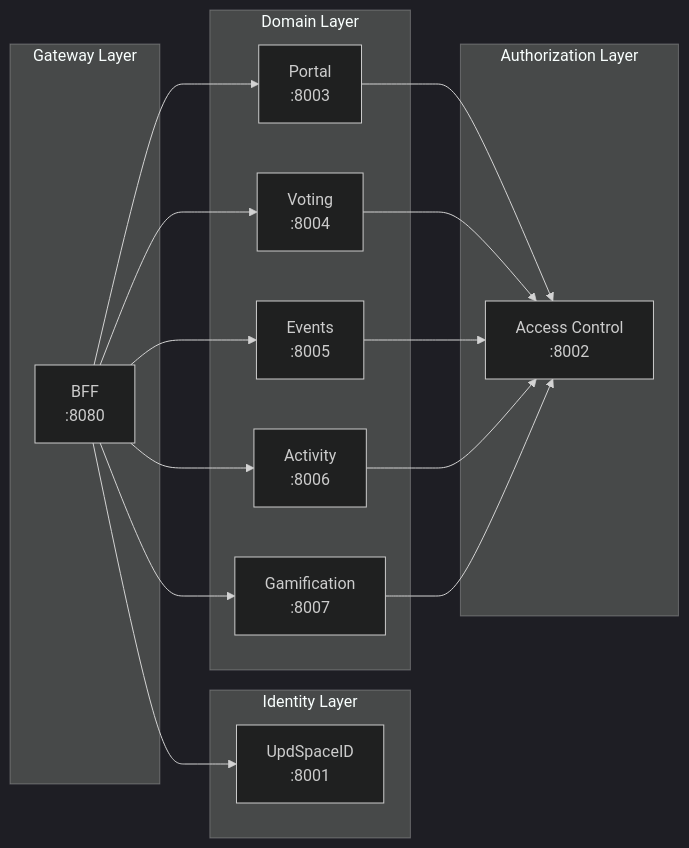
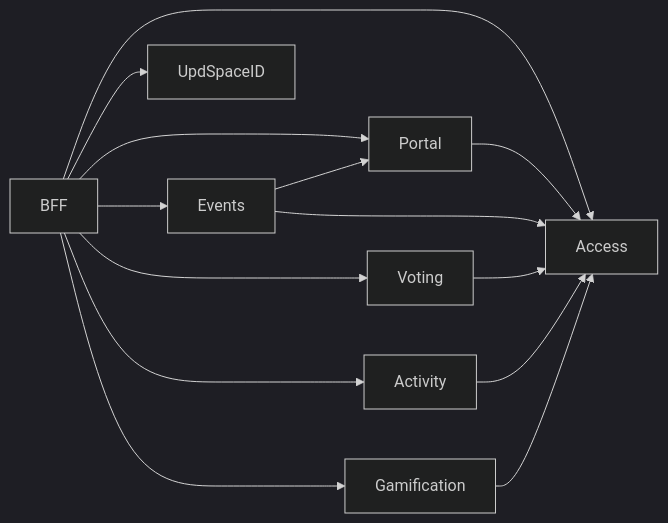
One commit to updatingspace/portal changed the diagram in docs/docs/services/overview.md. Above: the diagram before and after it, drawn with Mermaid (dark theme). The commit also changed other lines of this file and 65 other files, not shown here.

Commit message:
docs: rewrite architecture, operations and legal guidance

````diff
--- a/docs/docs/services/overview.md
+++ b/docs/docs/services/overview.md
@@ -13,35 +24,17 @@
 ```mermaid
-graph LR
-    subgraph "Identity Layer"
-        ID[UpdSpaceID<br/>:8001]
-    end
+flowchart LR
+    BFF --> Access
+    BFF --> Portal
+    BFF --> Voting
+    BFF --> Events
+    BFF --> Activity
+    BFF --> Gamification
+    BFF --> UpdSpaceID
 
-    subgraph "Gateway Layer"
-        BFF[BFF<br/>:8080]
-    end
-
-    subgraph "Authorization Layer"
-        AC[Access Control<br/>:8002]
-    end
-
-    subgraph "Domain Layer"
-        PT[Portal<br/>:8003]
-        VT[Voting<br/>:8004]
-        EV[Events<br/>:8005]
-        AT[Activity<br/>:8006]
-        GM[Gamification<br/>:8007]
-    end
-
-    BFF --> ID
-    BFF --> PT
-    BFF --> VT
-    BFF --> EV
-    BFF --> AT
-    BFF --> GM
-    
-    PT --> AC
-    VT --> AC
-    EV --> AC
-    AT --> AC
-    GM --> AC
+    Portal --> Access
+    Events --> Access
+    Events --> Portal
+    Voting --> Access
+    Activity --> Access
+    Gamification --> Access
 ```
````
